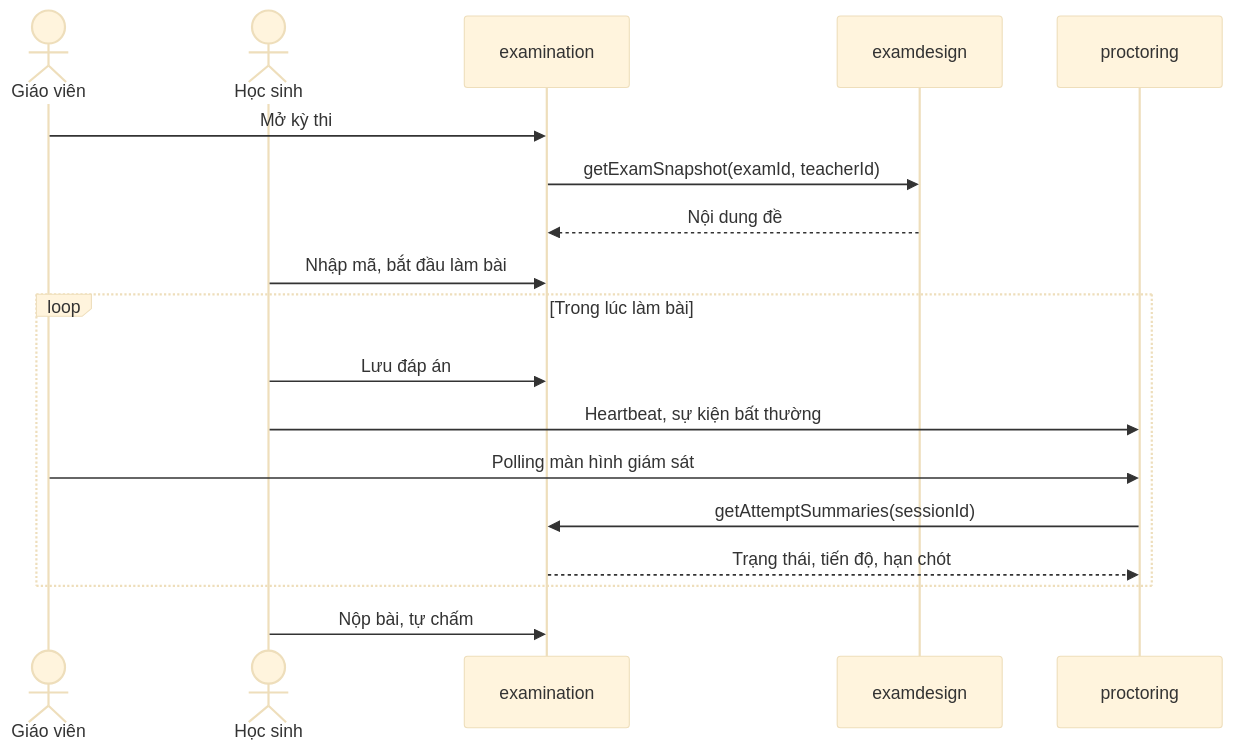
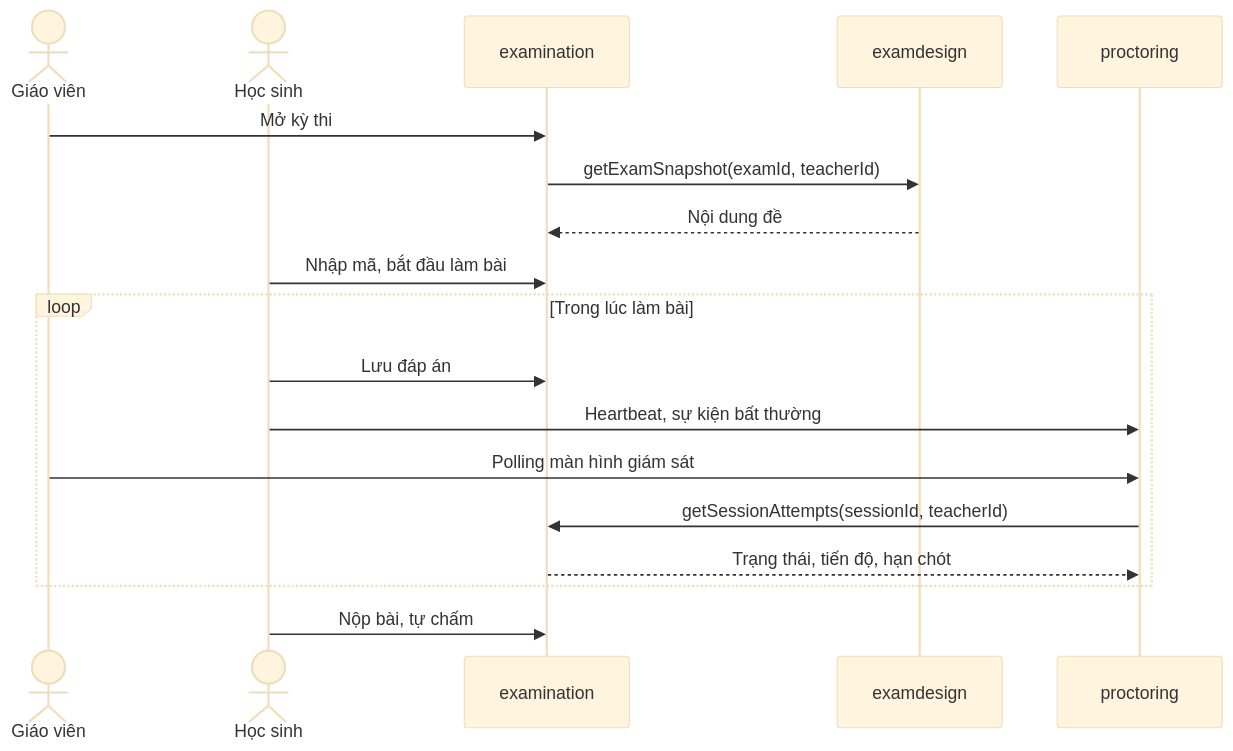
One commit to zindo511/Exam-Practice changed the third of 3 diagrams in README.md. Above: the diagram before and after it, drawn with Mermaid (base theme). The commit also changed other lines of this file and 10 other files, not shown here.

````diff
--- a/README.md
+++ b/README.md
@@ -232,21 +232,21 @@
 ```mermaid
 sequenceDiagram
     actor GV as Giáo viên
     actor HS as Học sinh
     participant EX as examination
     participant ED as examdesign
     participant PR as proctoring
 
     GV->>EX: Mở kỳ thi
     EX->>ED: getExamSnapshot(examId, teacherId)
     ED-->>EX: Nội dung đề
     HS->>EX: Nhập mã, bắt đầu làm bài
     loop Trong lúc làm bài
         HS->>EX: Lưu đáp án
         HS->>PR: Heartbeat, sự kiện bất thường
         GV->>PR: Polling màn hình giám sát
-        PR->>EX: getAttemptSummaries(sessionId)
+        PR->>EX: getSessionAttempts(sessionId, teacherId)
         EX-->>PR: Trạng thái, tiến độ, hạn chót
     end
     HS->>EX: Nộp bài, tự chấm
 ```
````
